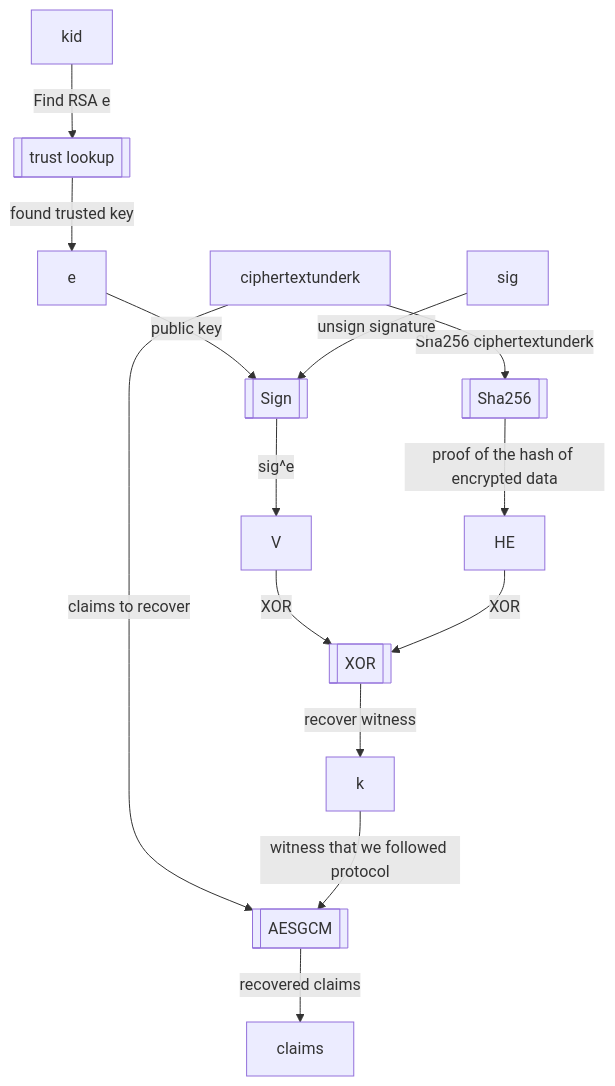
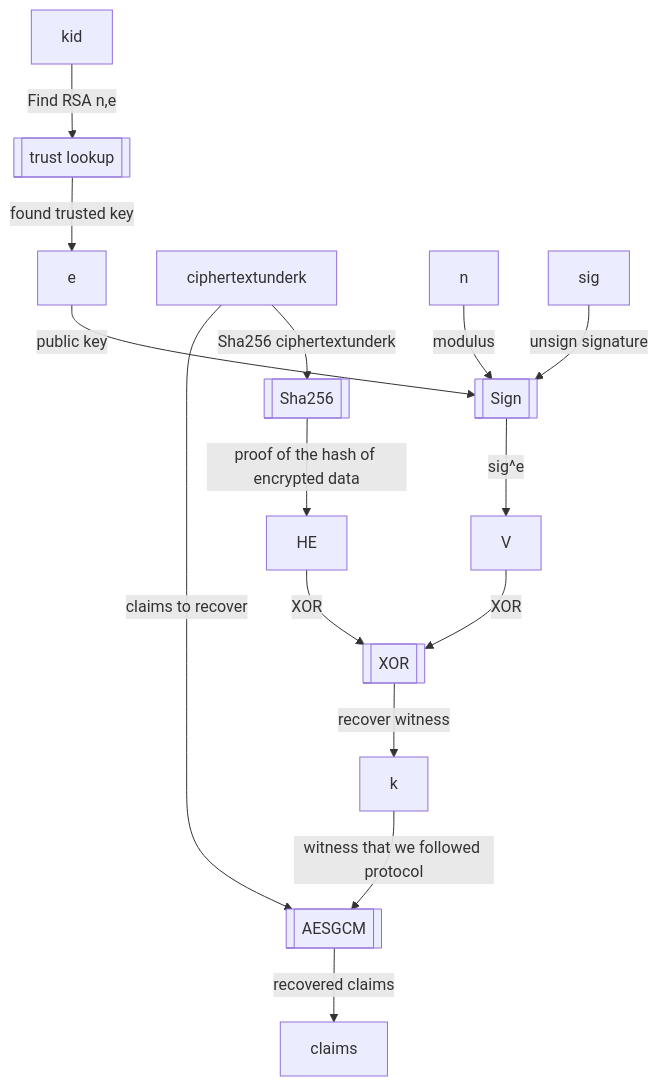
The third of 3 diagrams in README.md (rfielding/whiskeyTango), drawn with Mermaid before and after one commit. The commit also changed other lines of this file, not shown here.

Commit message:
update diagram

````diff
--- a/README.md
+++ b/README.md
@@ -146,21 +147,22 @@
 ```mermaid
 flowchart TB
   trustlookup[[trust lookup]]
-  kid-- Find RSA e -->trustlookup
+  kid-- Find RSA n,e -->trustlookup
   trustlookup-- found trusted key -->e
   Sha256[[Sha256]]
   ciphertextunderk-- Sha256 ciphertextunderk -->Sha256
   Sha256-- proof of the hash of encrypted data -->HE
   Sign[[Sign]]
+  n-- modulus -->Sign
   e-- public key -->Sign
   sig-- unsign signature -->Sign
   Sign-- sig^e -->V
   XOR[[XOR]]
   V-- XOR -->XOR
   HE-- XOR -->XOR
   XOR-- recover witness -->k
   AESGCM[[AESGCM]]
   ciphertextunderk-- claims to recover -->AESGCM  
   k-- witness that we followed protocol -->AESGCM  
   AESGCM-- recovered claims -->claims 
 ```
````
